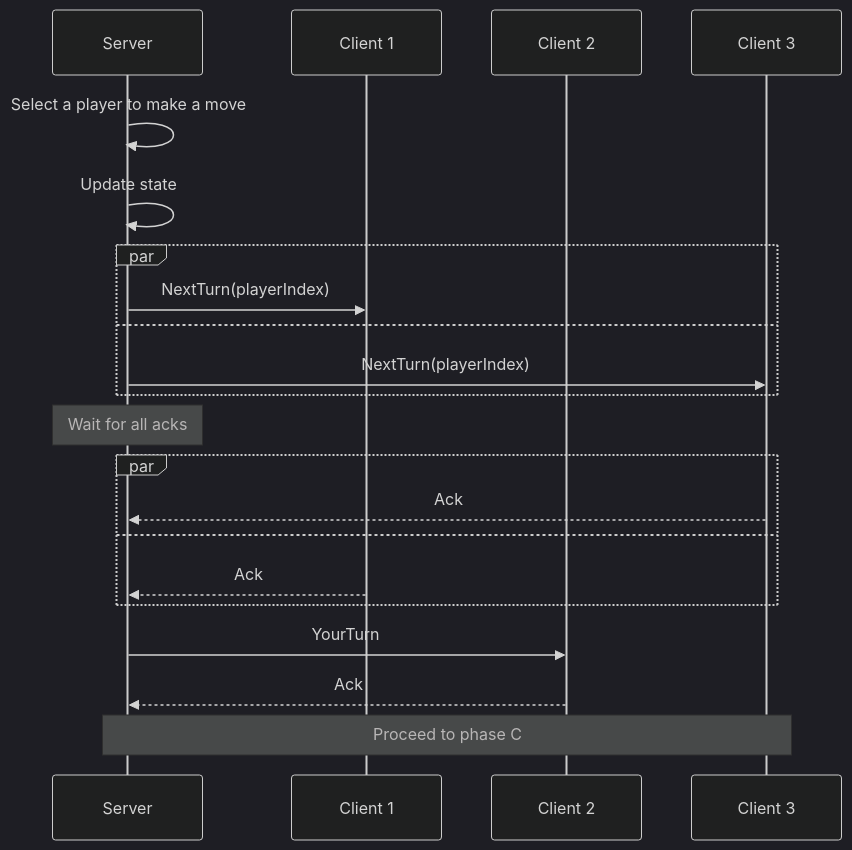
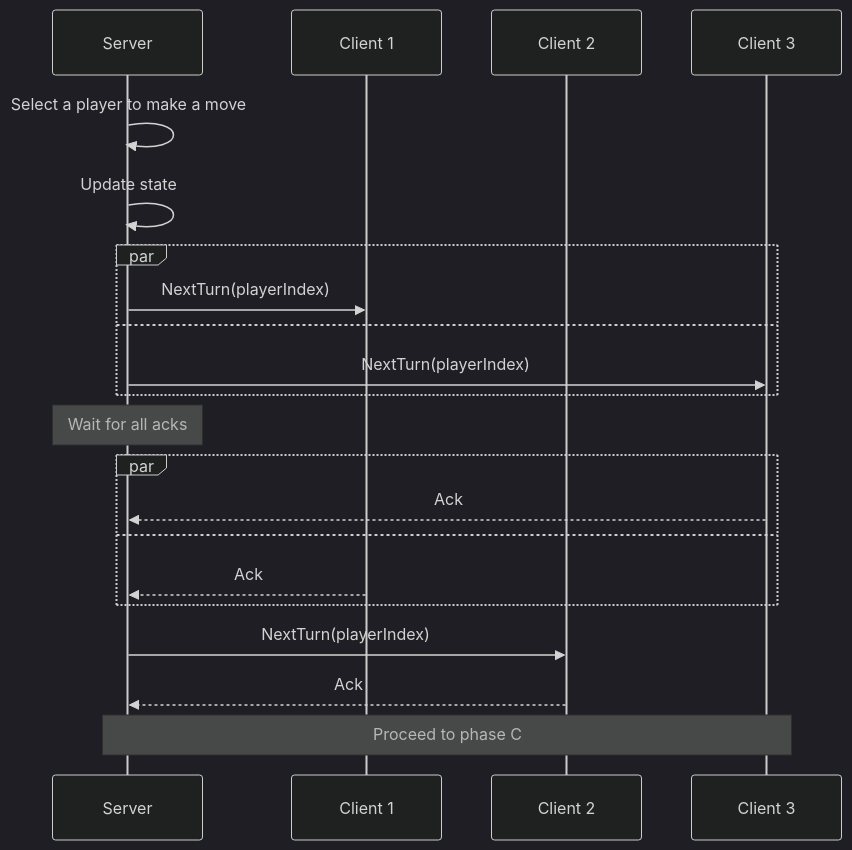
One commit to roman-zubarevich/another changed the third of 17 diagrams in README.md. Above: the diagram before and after it, drawn with Mermaid (dark theme). The commit also changed other lines of this file, not shown here.

````diff
--- a/README.md
+++ b/README.md
@@ -101,23 +101,23 @@
 ```mermaid
 sequenceDiagram
     participant S as Server
     participant C1 as Client 1
     participant C2 as Client 2
     participant C3 as Client 3
     S->>S: Select a player to make a move
     S->>S: Update state
     par
         S->>C1: NextTurn(playerIndex)
     and
         S->>C3: NextTurn(playerIndex)
     end
     Note over S: Wait for all acks
     par
         C3-->>S: Ack
     and
         C1-->>S: Ack
     end
-    S->>C2: YourTurn
+    S->>C2: NextTurn(playerIndex)
     C2-->>S: Ack
     Note over S,C3: Proceed to phase C
 ```
````
